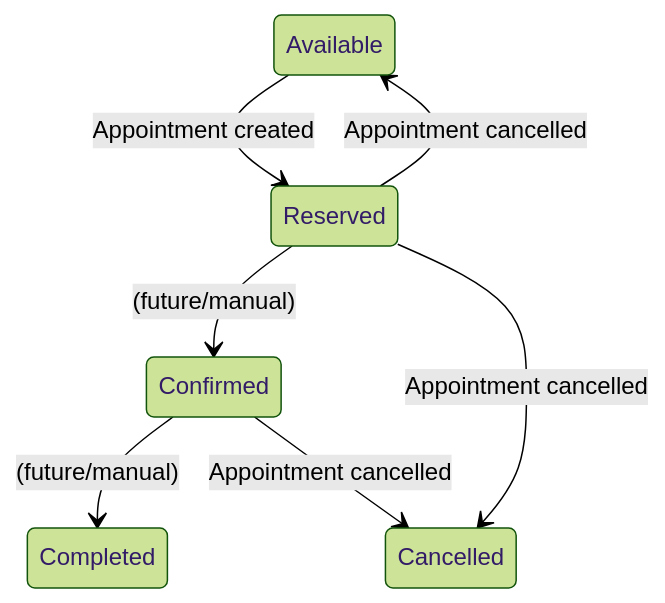
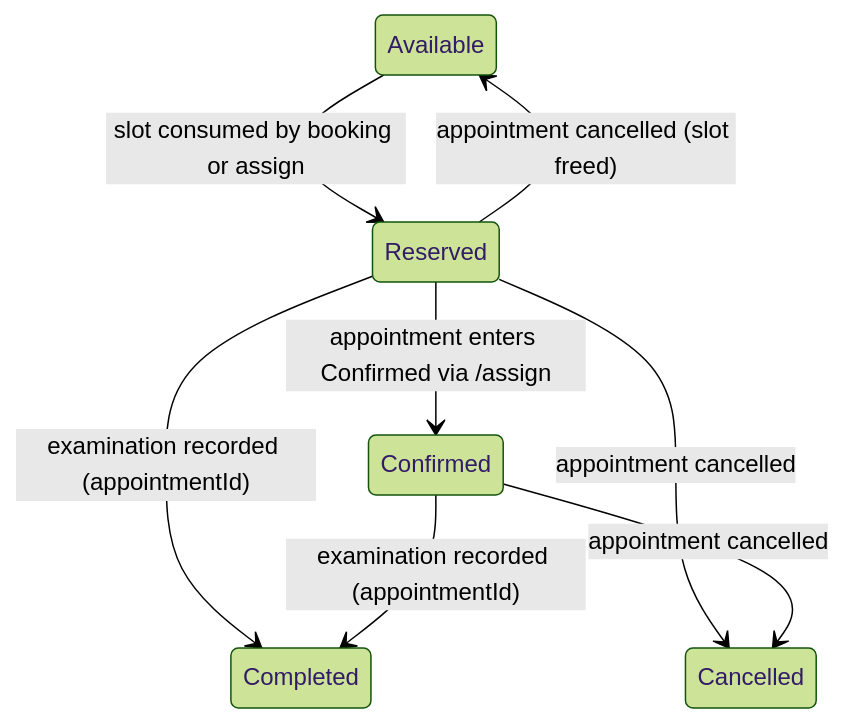
The second of 6 diagrams in docs/business/scheduling-billing-approval-workflow.md (ThevinRanasinghe/intelligent-pet-care-veterinary-management-system), drawn with Mermaid (forest theme) before and after one commit. The commit also changed other lines of this file and 290 other files, not shown here.

````diff
--- a/docs/business/scheduling-billing-approval-workflow.md
+++ b/docs/business/scheduling-billing-approval-workflow.md
@@ -168,9 +220,10 @@
 ```mermaid
 stateDiagram-v2
-    Available --> Reserved: Appointment created
-    Reserved --> Available: Appointment cancelled
-    Reserved --> Confirmed: (future/manual)
-    Confirmed --> Completed: (future/manual)
-    Reserved --> Cancelled: Appointment cancelled
-    Confirmed --> Cancelled: Appointment cancelled
+    Available --> Reserved: slot consumed by booking or assign
+    Reserved --> Available: appointment cancelled (slot freed)
+    Reserved --> Confirmed: appointment enters Confirmed via /assign
+    Reserved --> Completed: examination recorded (appointmentId)
+    Confirmed --> Completed: examination recorded (appointmentId)
+    Reserved --> Cancelled: appointment cancelled
+    Confirmed --> Cancelled: appointment cancelled
 ```
````
